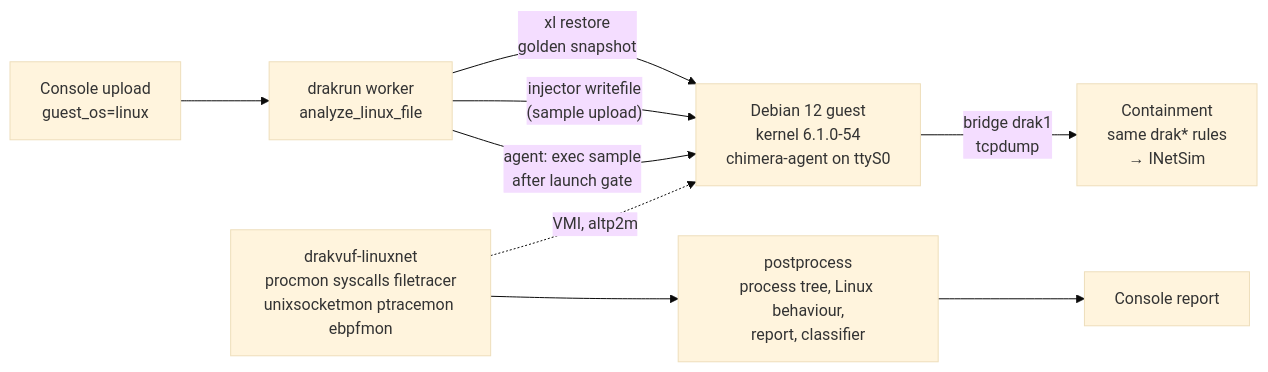
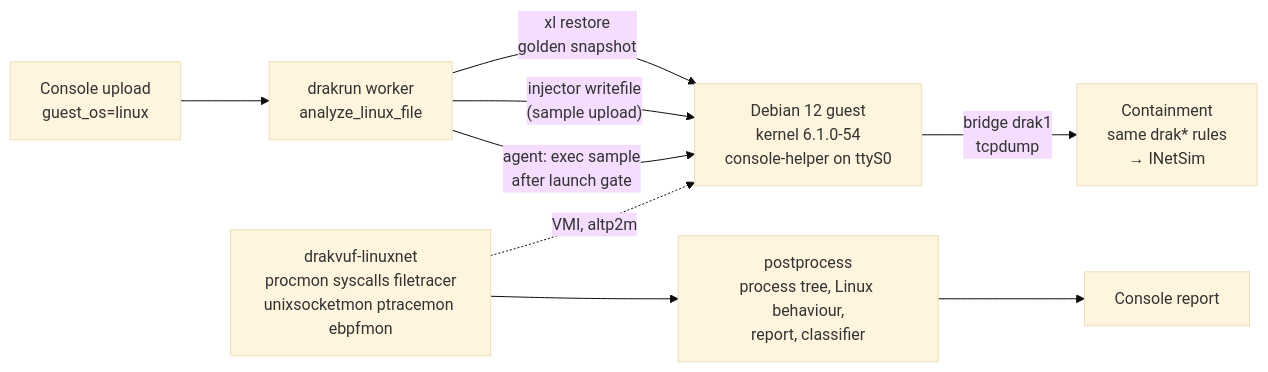
Before and after one commit to Chimera-Co/drakvuf-sandbox: the diagram in docs/chimera/linux-sandbox.md, drawn with Mermaid (base theme). The commit also changed other lines of this file and 5 other files, not shown here.

````diff
--- a/docs/chimera/linux-sandbox.md
+++ b/docs/chimera/linux-sandbox.md
@@ -16,11 +16,11 @@
 ```mermaid
 flowchart LR
     U["Console upload<br/>guest_os=linux"] --> W["drakrun worker<br/>analyze_linux_file"]
-    W -->|"xl restore<br/>golden snapshot"| G["Debian 12 guest<br/>kernel 6.1.0-54<br/>chimera-agent on ttyS0"]
+    W -->|"xl restore<br/>golden snapshot"| G["Debian 12 guest<br/>kernel 6.1.0-54<br/>console-helper on ttyS0"]
     W -->|"injector writefile<br/>(sample upload)"| G
     W -->|"agent: exec sample<br/>after launch gate"| G
     D["drakvuf-linuxnet<br/>procmon syscalls filetracer<br/>unixsocketmon ptracemon ebpfmon"] -. "VMI, altp2m" .-> G
     G -->|"bridge drak1<br/>tcpdump"| N["Containment<br/>same drak* rules<br/>→ INetSim"]
     D --> P["postprocess<br/>process tree, Linux behaviour,<br/>report, classifier"]
     P --> C["Console report"]
 ```
````
